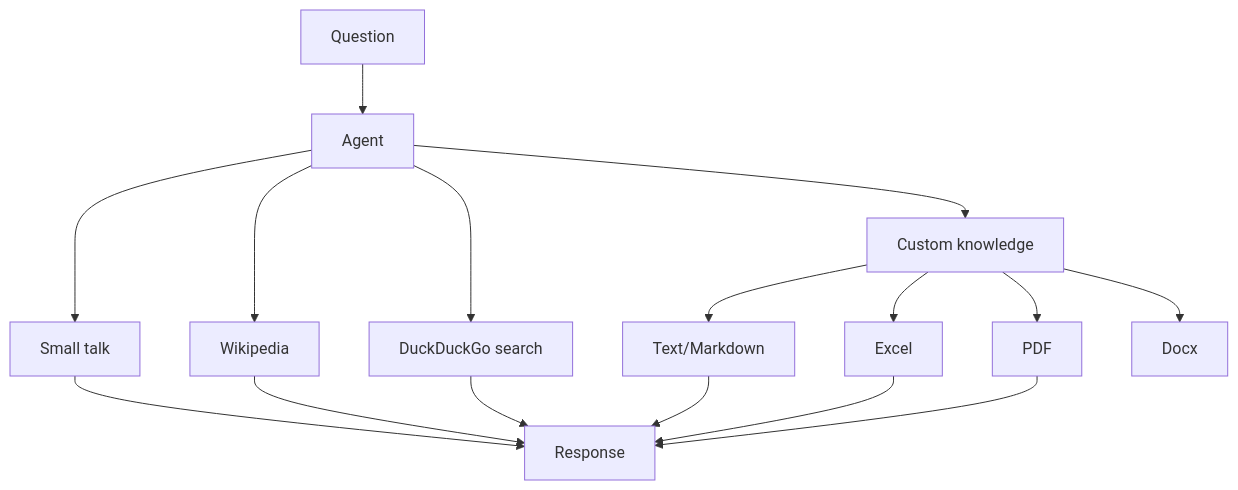
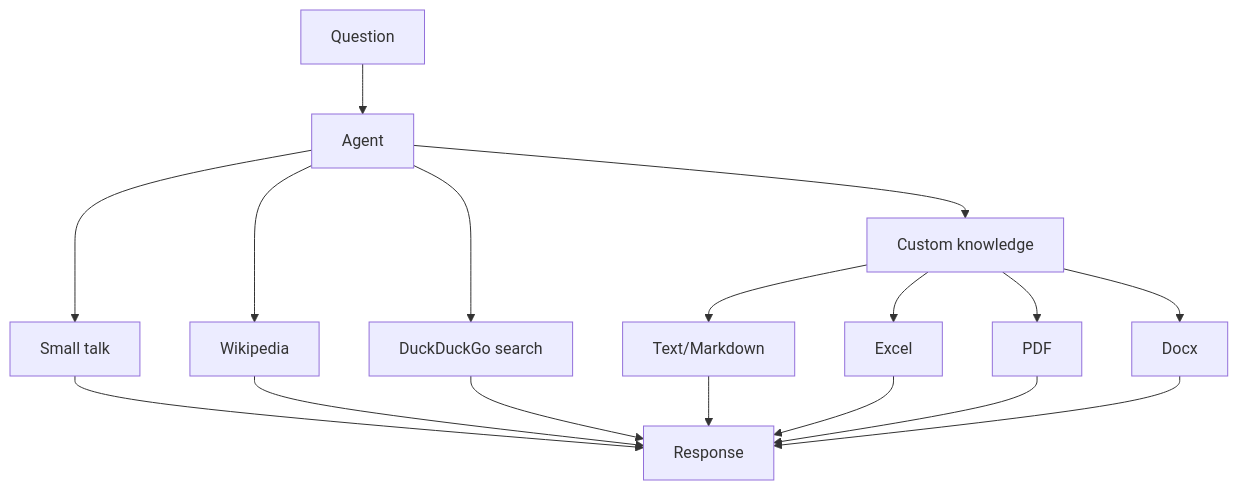
The diagram in Readme.md (blacksmithop/Cornucopia), drawn with Mermaid before and after one commit.

Commit message:
chore: add relation

````diff
--- a/Readme.md
+++ b/Readme.md
@@ -7,19 +7,19 @@
 ```mermaid
 graph TD
   A["Question"]-->B["Agent"]
   B-->C["Small talk"]
   B-->D["Wikipedia"]
   B-->E["Custom knowledge"]
   B-->F["DuckDuckGo search"]
   C-->G["Response"]
   D-->G
   E-->H["Text/Markdown"]
   E-->I["Excel"]
   E-->J["PDF"]
   E-->K["Docx"]
   F-->G
   H-->G
   I-->G
   J-->G
-
+  K-->G
 ```
````
